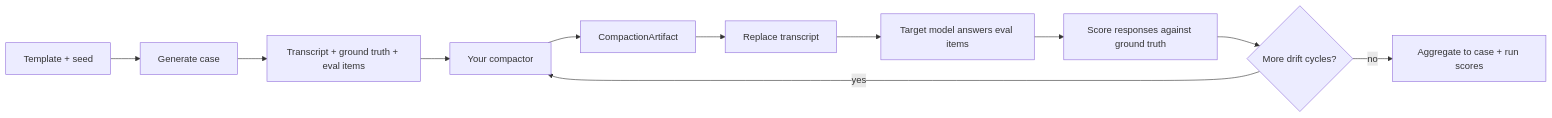
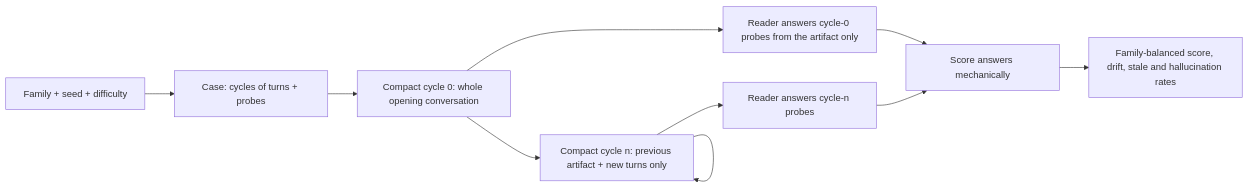
One commit to compactbench/compactbench changed the diagram in docs/methodology.md. Above: the diagram before and after it, drawn with Mermaid. The commit also changed other lines of this file and 252 other files, not shown here.

````diff
--- a/docs/methodology.md
+++ b/docs/methodology.md
@@ -7,13 +8,12 @@
 ```mermaid
 flowchart LR
-    T[Template + seed] --> G[Generate case]
-    G --> C[Transcript + ground truth + eval items]
-    C --> K[Your compactor]
-    K --> A[CompactionArtifact]
-    A --> R[Replace transcript]
-    R --> M[Target model answers eval items]
-    M --> S[Score responses against ground truth]
-    S --> D{More drift cycles?}
-    D -- yes --> K
-    D -- no --> Agg[Aggregate to case + run scores]
+    G[Family + seed + difficulty] --> C[Case: cycles of turns + probes]
+    C --> K0[Compact cycle 0: whole opening conversation]
+    K0 --> R0[Reader answers cycle-0 probes from the artifact only]
+    K0 --> K1[Compact cycle n: previous artifact + new turns only]
+    K1 --> R1[Reader answers cycle-n probes]
+    K1 --> K1
+    R0 --> S[Score answers mechanically]
+    R1 --> S
+    S --> A[Family-balanced score, drift, stale and hallucination rates]
 ```
````
